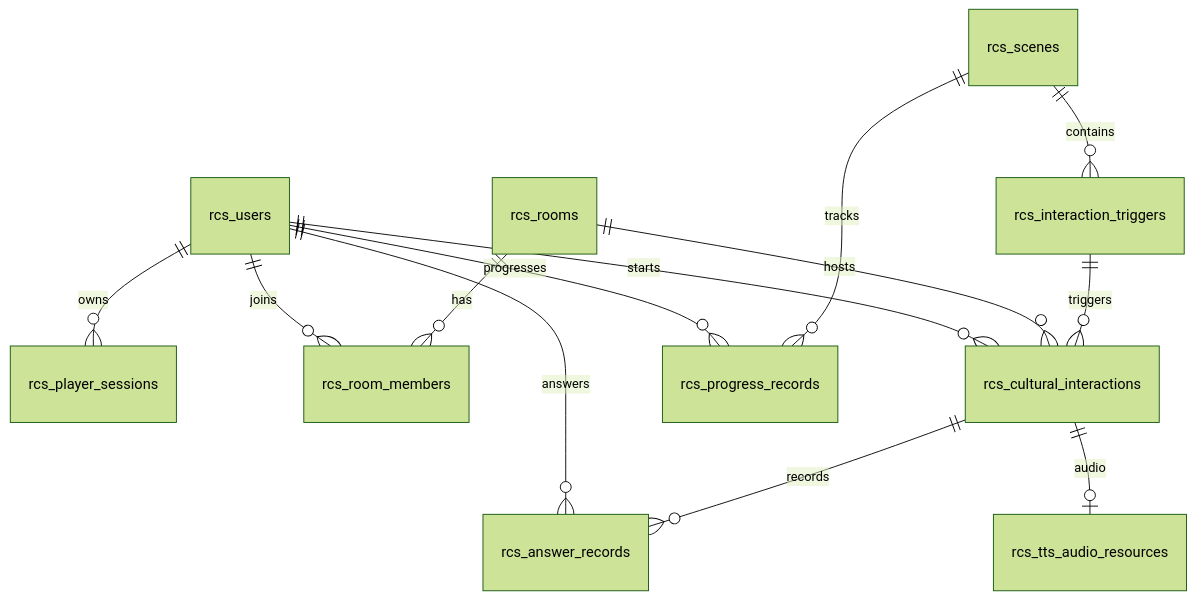
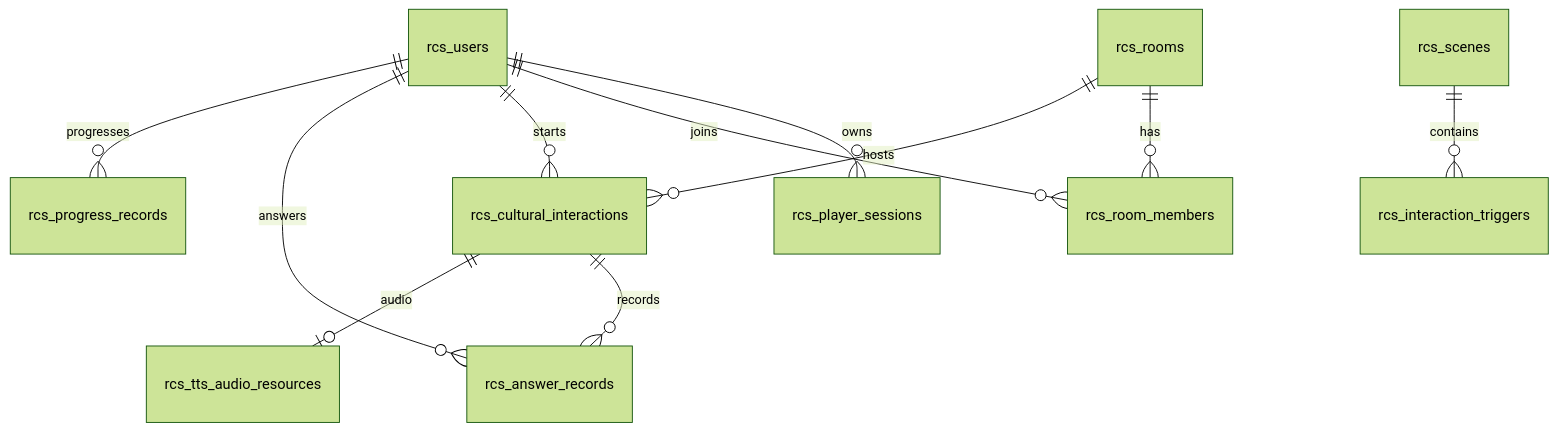
The diagram in docs/数据库设计.md (RareVoyager/RedCultureService), drawn with Mermaid (forest theme) before and after one commit. The commit also changed other lines of this file and 37 other files, not shown here.

````diff
--- a/docs/数据库设计.md
+++ b/docs/数据库设计.md
@@ -50,19 +51,16 @@
 ```mermaid
 erDiagram
     rcs_users ||--o{ rcs_player_sessions : owns
     rcs_users ||--o{ rcs_room_members : joins
     rcs_users ||--o{ rcs_cultural_interactions : starts
     rcs_users ||--o{ rcs_answer_records : answers
     rcs_users ||--o{ rcs_progress_records : progresses
 
     rcs_scenes ||--o{ rcs_interaction_triggers : contains
-    rcs_scenes ||--o{ rcs_progress_records : tracks
 
     rcs_rooms ||--o{ rcs_room_members : has
     rcs_rooms ||--o{ rcs_cultural_interactions : hosts
 
-    rcs_interaction_triggers ||--o{ rcs_cultural_interactions : triggers
-
     rcs_cultural_interactions ||--o{ rcs_answer_records : records
     rcs_cultural_interactions ||--o| rcs_tts_audio_resources : audio
 ```
````
